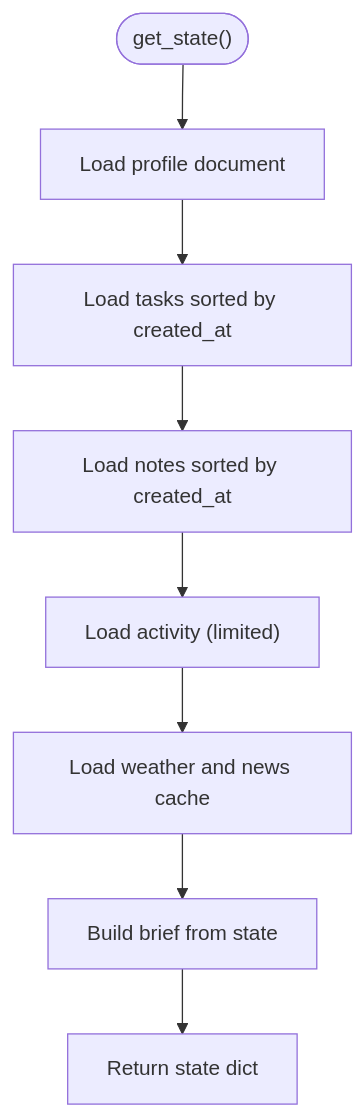
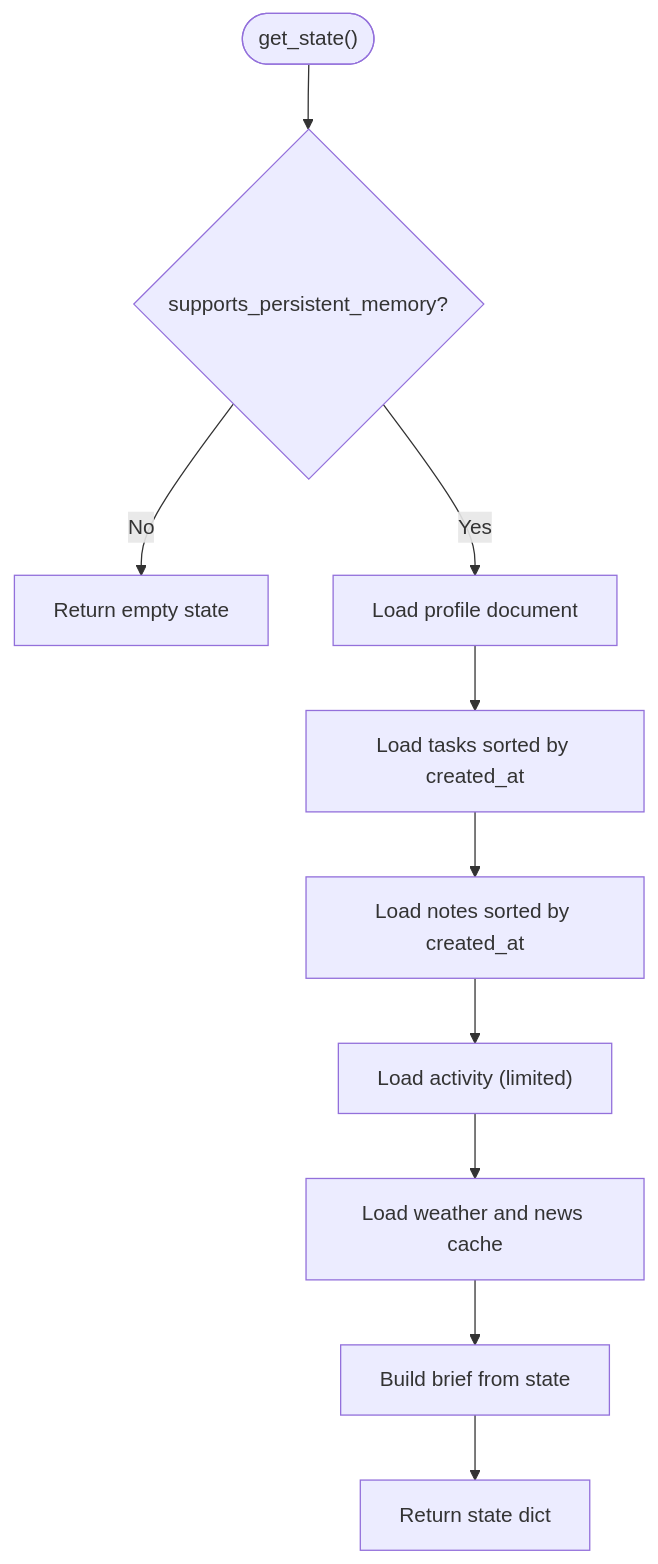
The fourth of 9 diagrams in .qoder/repowiki/en/content/Backend Components/AI Assistant Engine/Memory Integration and Data Persistence.md (Sovetsky-Soyuz/AI-Assistant), drawn with Mermaid before and after one commit. The commit also changed other lines of this file and 15 other files, not shown here.

````diff
--- a/.qoder/repowiki/en/content/Backend Components/AI Assistant Engine/Memory Integration and Data Persistence.md
+++ b/.qoder/repowiki/en/content/Backend Components/AI Assistant Engine/Memory Integration and Data Persistence.md
@@ -210,10 +241,12 @@
 ```mermaid
 flowchart TD
-Start(["get_state()"]) --> LoadProfile["Load profile document"]
+Start(["get_state()"]) --> CheckMode{"supports_persistent_memory?"}
+CheckMode --> |No| ReturnEmpty["Return empty state"]
+CheckMode --> |Yes| LoadProfile["Load profile document"]
 LoadProfile --> LoadTasks["Load tasks sorted by created_at"]
 LoadTasks --> LoadNotes["Load notes sorted by created_at"]
 LoadNotes --> LoadActivity["Load activity (limited)"]
 LoadActivity --> LoadCache["Load weather and news cache"]
 LoadCache --> BuildBrief["Build brief from state"]
 BuildBrief --> ReturnState["Return state dict"]
 ```
````
